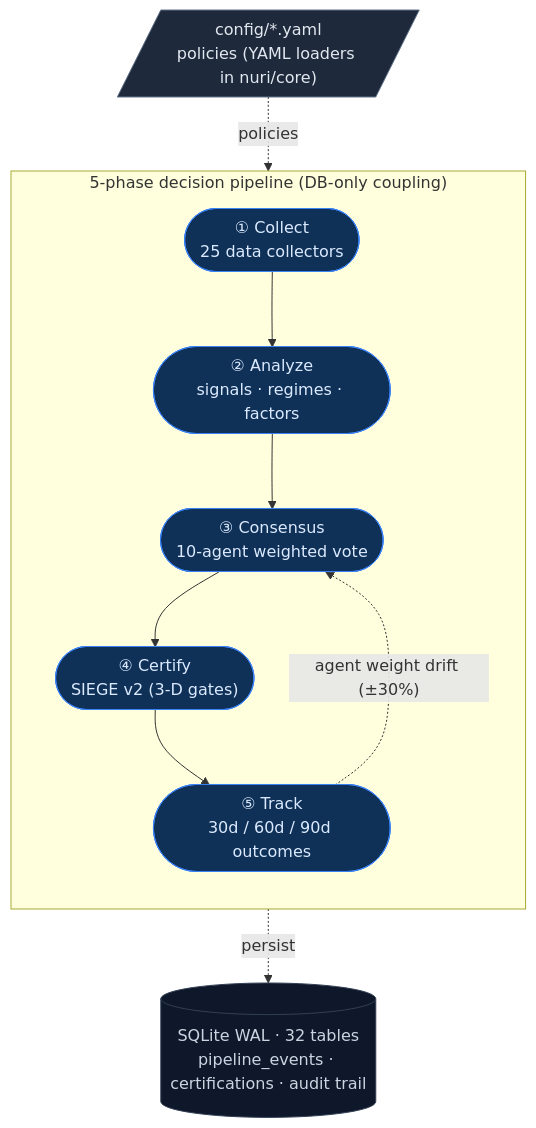
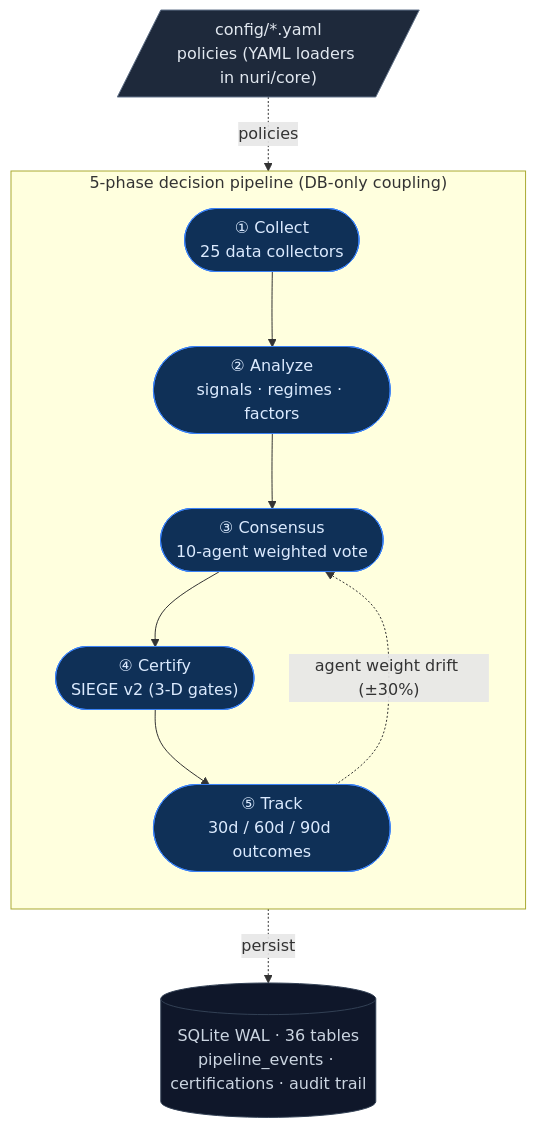
The diagram in README.md (researcherhojin/nuri-quant), drawn with Mermaid before and after one commit. The commit also changed 26 other files, not shown here.

````diff
--- a/README.md
+++ b/README.md
@@ -17,25 +17,25 @@
 ```mermaid
 flowchart TB
     CFG[/"config/*.yaml<br/>policies (YAML loaders in nuri/core)"/]:::source
 
     subgraph Pipeline["5-phase decision pipeline (DB-only coupling)"]
         direction TB
         A(["① Collect<br/>25 data collectors"]):::pipe
         B(["② Analyze<br/>signals · regimes · factors"]):::pipe
         C(["③ Consensus<br/>10-agent weighted vote"]):::pipe
         D(["④ Certify<br/>SIEGE v2 (3-D gates)"]):::pipe
         E(["⑤ Track<br/>30d / 60d / 90d outcomes"]):::pipe
 
         A --> B --> C --> D --> E
         E -. "agent weight drift (±30%)" .-> C
     end
 
-    DB[("SQLite WAL · 32 tables<br/>pipeline_events · certifications · audit trail")]:::sink
+    DB[("SQLite WAL · 36 tables<br/>pipeline_events · certifications · audit trail")]:::sink
 
     CFG -. policies .-> Pipeline
     Pipeline -. persist .-> DB
 
     classDef source fill:#1e293b,stroke:#64748b,color:#e2e8f0
     classDef pipe   fill:#0f3057,stroke:#3b82f6,color:#dbeafe
     classDef sink   fill:#0f172a,stroke:#334155,color:#cbd5e1
 ```
````
